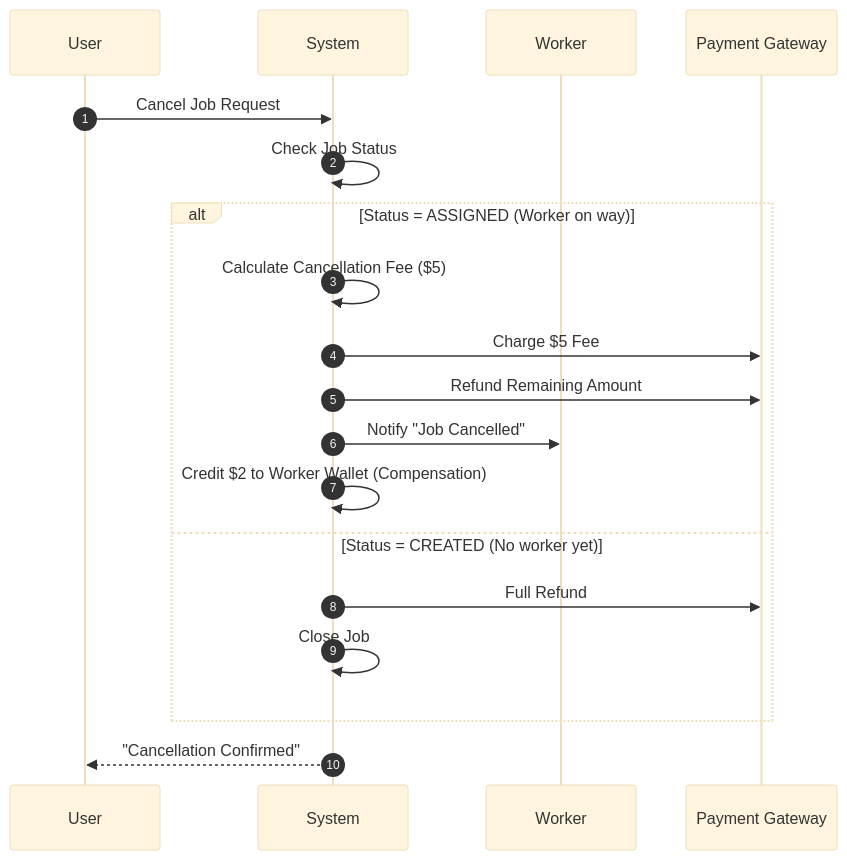
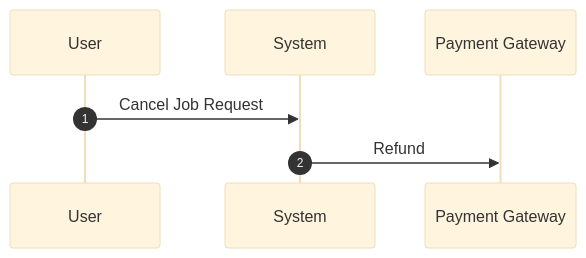
Before and after one commit to Somilg11/oddigo-v2: the fifth of 5 diagrams in docs_detailed_flows/detailed/COMBINED_FLOWS.md, drawn with Mermaid (base theme). The commit also changed other lines of this file and 4 other files, not shown here.

````diff
--- a/docs_detailed_flows/detailed/COMBINED_FLOWS.md
+++ b/docs_detailed_flows/detailed/COMBINED_FLOWS.md
@@ -182,24 +114,10 @@
 ```mermaid
 sequenceDiagram
     autonumber
     participant U as User
     participant S as System
-    participant W as Worker
     participant P as Payment Gateway
 
     U->>S: Cancel Job Request
-    S->>S: Check Job Status
-    
-    alt Status = ASSIGNED (Worker on way)
-        S->>S: Calculate Cancellation Fee ($5)
-        S->>P: Charge $5 Fee
-        S->>P: Refund Remaining Amount
-        S->>W: Notify "Job Cancelled"
-        S->>S: Credit $2 to Worker Wallet (Compensation)
-    else Status = CREATED (No worker yet)
-        S->>P: Full Refund
-        S->>S: Close Job
-    end
-    
-    S-->>U: "Cancellation Confirmed"
+    S->>P: Refund
 ```
````
